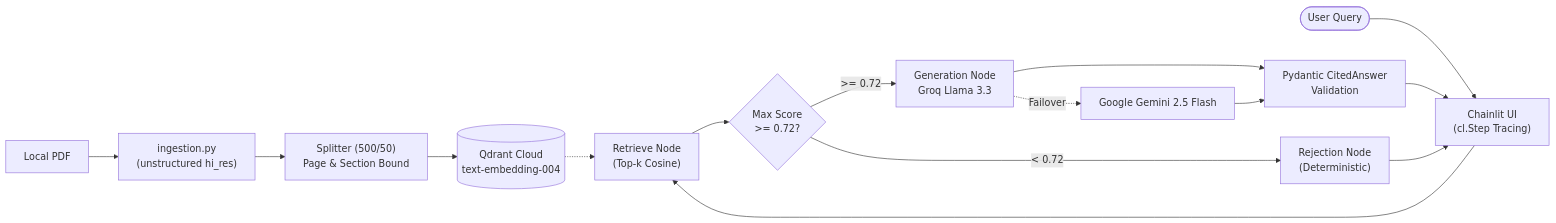
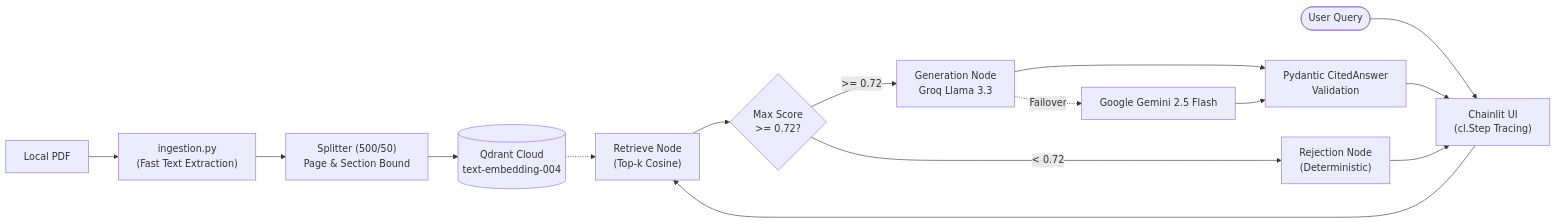
The diagram in PRESENTATION.md (ZiadHegazy/Henkel_GenAI_Task), drawn with Mermaid before and after one commit. The commit also changed other lines of this file and 5 other files, not shown here.

Commit message:
chore: remove all ocr and vision dependencies, switch to fast digital text extraction bypassing images

````diff
--- a/PRESENTATION.md
+++ b/PRESENTATION.md
@@ -74,19 +74,19 @@
 ```mermaid
 flowchart LR
-    PDF["Local PDF"] --> Ingest["ingestion.py\n(unstructured hi_res)"]
+    PDF["Local PDF"] --> Ingest["ingestion.py\n(Fast Text Extraction)"]
     Ingest --> Split["Splitter (500/50)\nPage & Section Bound"]
     Split --> Qdrant[("Qdrant Cloud\ntext-embedding-004")]
     
     User(["User Query"]) --> Chainlit["Chainlit UI\n(cl.Step Tracing)"]
     Chainlit --> Retrieve["Retrieve Node\n(Top-k Cosine)"]
     Qdrant -.-> Retrieve
     Retrieve --> Gate{"Max Score\n>= 0.72?"}
     
     Gate -- "< 0.72" --> Rejection["Rejection Node\n(Deterministic)"]
     Gate -- ">= 0.72" --> Generation["Generation Node\nGroq Llama 3.3"]
     Generation -.->|Failover| Fallback["Google Gemini 2.5 Flash"]
     Generation --> Valid["Pydantic CitedAnswer\nValidation"]
     Fallback --> Valid
     Valid --> Chainlit
     Rejection --> Chainlit
 ```
````
